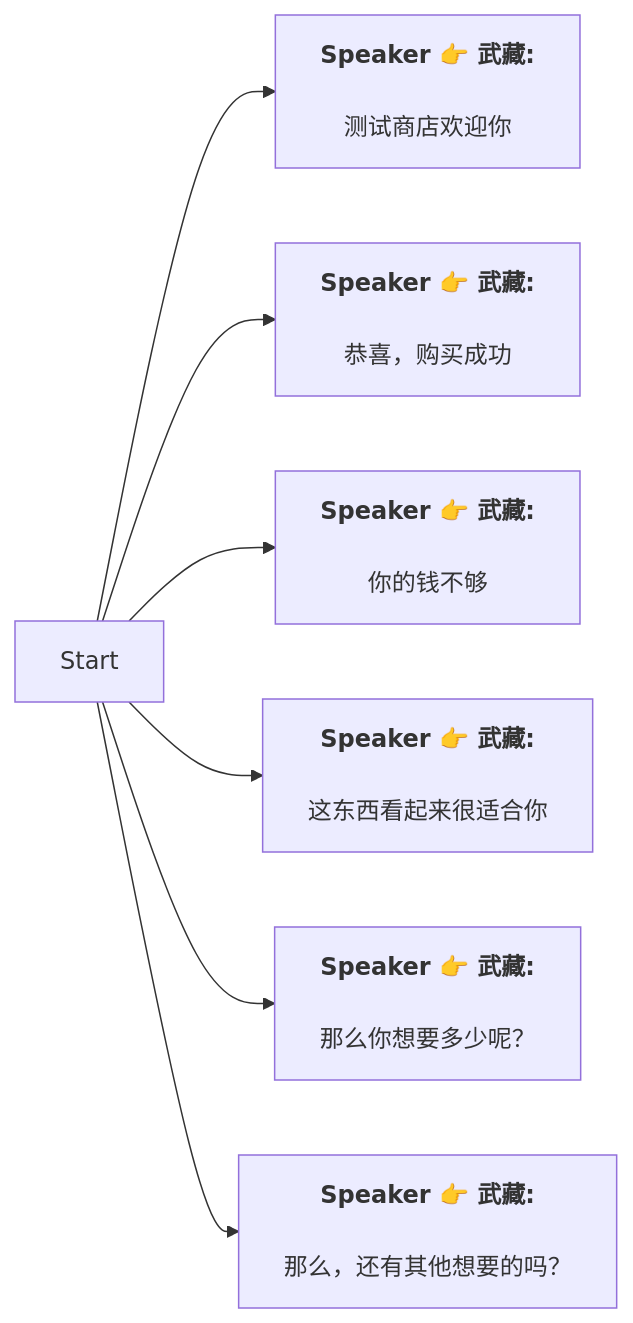
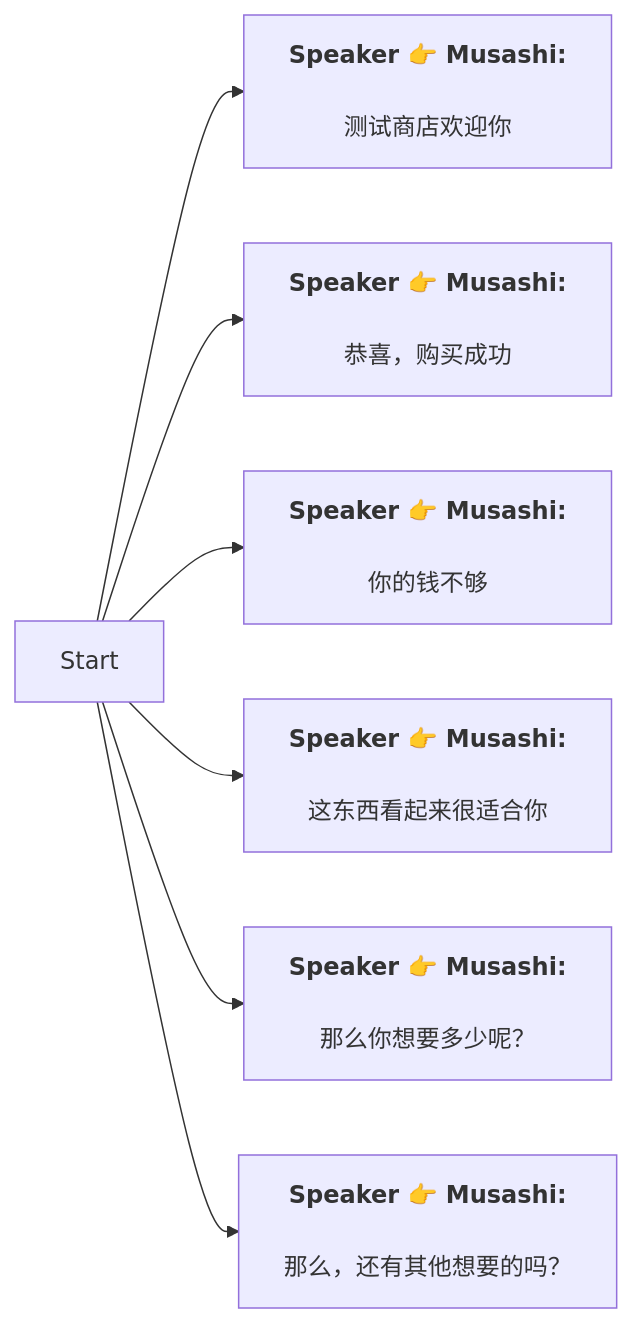
One commit to SoftHu/tos_avg changed the diagram in Zh/TestShop.md. Above: the diagram before and after it, drawn with Mermaid. The commit also changed 737 other files, not shown here.

````diff
--- a/Zh/TestShop.md
+++ b/Zh/TestShop.md
@@ -1,22 +1,16 @@
 ```mermaid
 graph LR
-Start -->1718969752577042[<b>Speaker 👉 武藏:</b>
+Start -->1718969752577042[<b>Speaker 👉 Musashi:</b>
+\n测试商店欢迎你]
+Start -->1718969752577044[<b>Speaker 👉 Musashi:</b>
+\n恭喜，购买成功]
+Start -->1718969752577046[<b>Speaker 👉 Musashi:</b>
+\n你的钱不够]
+Start -->1726671454400627[<b>Speaker 👉 Musashi:</b>
+\n这东西看起来很适合你]
+Start -->1726671538580598[<b>Speaker 👉 Musashi:</b>
+\n那么你想要多少呢？]
+Start -->1726672484743283[<b>Speaker 👉 Musashi:</b>
+\n那么，还有其他想要的吗？]
 
-测试商店欢迎你]
-Start -->1718969752577044[<b>Speaker 👉 武藏:</b>
-
-恭喜，购买成功]
-Start -->1718969752577046[<b>Speaker 👉 武藏:</b>
-
-你的钱不够]
-Start -->1726671454400627[<b>Speaker 👉 武藏:</b>
-
-这东西看起来很适合你]
-Start -->1726671538580598[<b>Speaker 👉 武藏:</b>
-
-那么你想要多少呢？]
-Start -->1726672484743283[<b>Speaker 👉 武藏:</b>
-
-那么，还有其他想要的吗？]
-
- ```
+```
````
